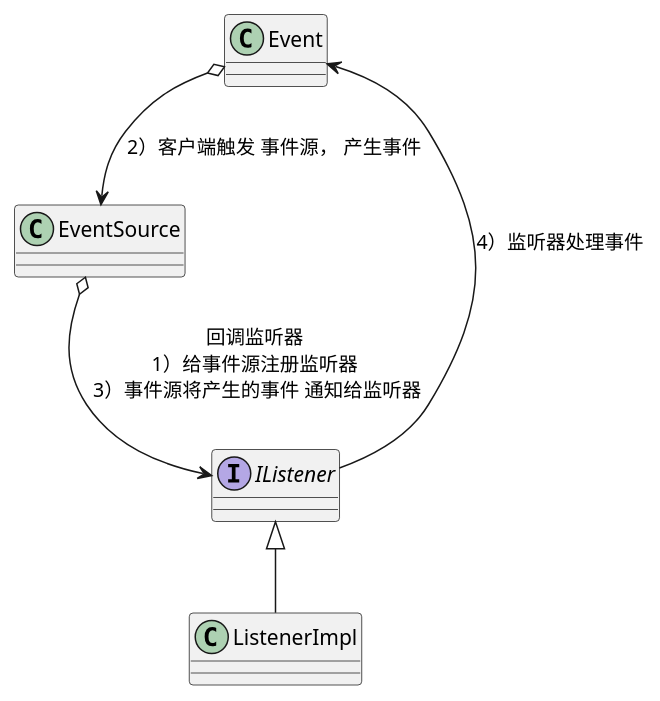
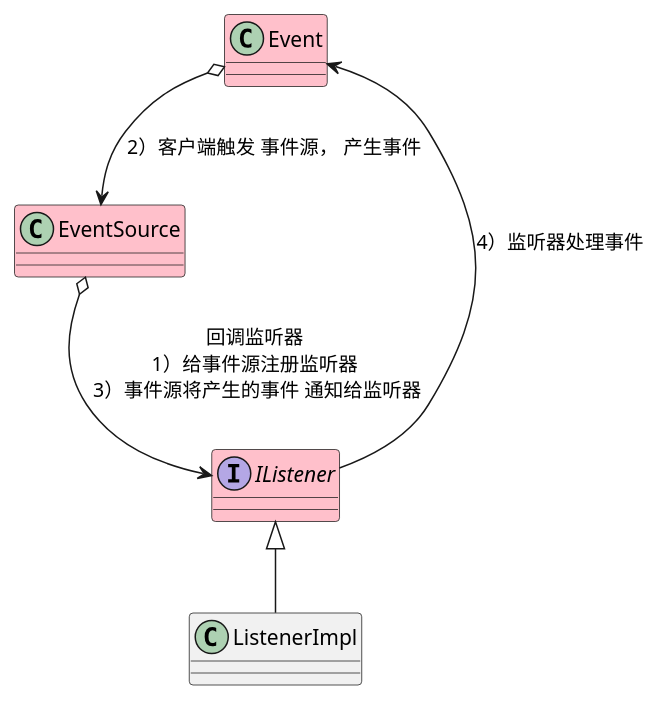
One commit to wuxiongbo/design_patterns changed the diagram in src/main/java/my_demo/monitor/event/Listener.puml. Above: the diagram before and after it, drawn with PlantUML. The commit also changed 29 other files, not shown here.

```diff
--- a/src/main/java/my_demo/monitor/event/Listener.puml
+++ b/src/main/java/my_demo/monitor/event/Listener.puml
@@ -1,21 +1,21 @@
 @startuml
 'https://plantuml.com/class-diagram
 
 '回调思想
 '监听器 IListener  注册给  事件源 EventSource
 '事件源 EventSource  回调  监听器 IListener
 
 
-class Event
-class EventSource
-interface IListener
+class Event #pink
+class EventSource #pink
+interface IListener #pink
 class ListenerImpl
 
 
 EventSource o--> IListener : 回调监听器\n 1）给事件源注册监听器 \n 3）事件源将产生的事件 通知给监听器
 Event o--> EventSource : 2）客户端触发 事件源， 产生事件
 IListener <|-- ListenerImpl
 IListener --> Event : 4）监听器处理事件
 
 
 @enduml
```
